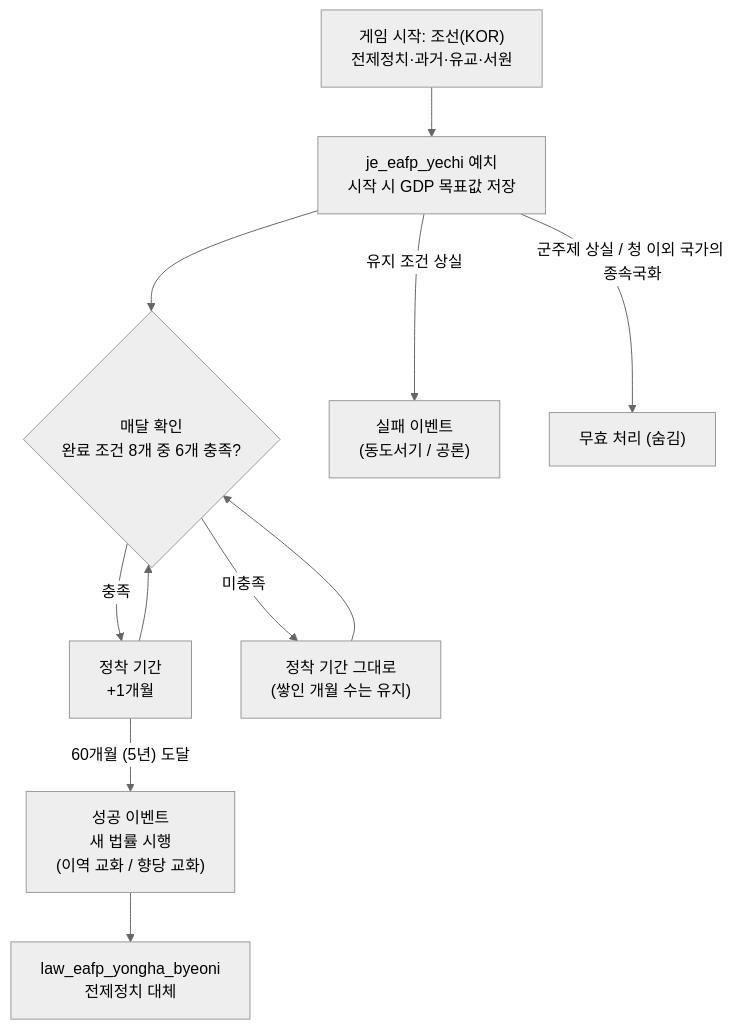
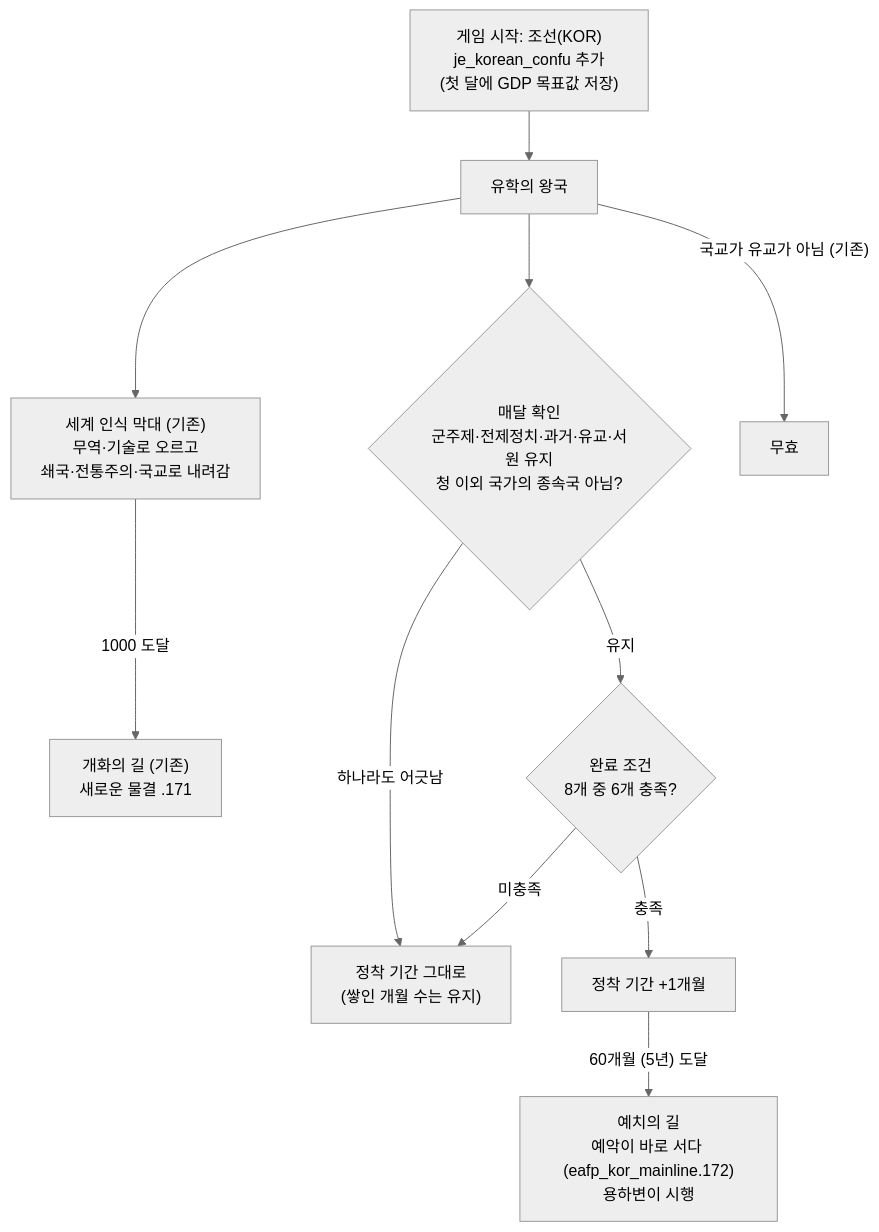
One commit to East-Asia-Flavor-Pack/East-Asia-Flavor-Pack changed the diagram in docs/joseon_confucian_absolutism.md. Above: the diagram before and after it, drawn with Mermaid (neutral theme). The commit also changed other lines of this file and 12 other files, not shown here.

````diff
--- a/docs/joseon_confucian_absolutism.md
+++ b/docs/joseon_confucian_absolutism.md
@@ -61,13 +78,13 @@
 ```mermaid
 flowchart TD
-    START["게임 시작: 조선(KOR)<br/>전제정치·과거·유교·서원"] --> JE["je_eafp_yechi 예치<br/>시작 시 GDP 목표값 저장"]
-    JE --> COND{"매달 확인<br/>완료 조건 8개 중 6개 충족?"}
-    COND -- "충족" --> BAR["정착 기간<br/>+1개월"]
-    COND -- "미충족" --> STOP["정착 기간 그대로<br/>(쌓인 개월 수는 유지)"]
-    STOP --> COND
-    BAR --> COND
-    BAR -- "60개월 (5년) 도달" --> WIN["성공 이벤트<br/>새 법률 시행<br/>(이역 교화 / 향당 교화)"]
-    WIN --> LAW["law_eafp_yongha_byeoni<br/>전제정치 대체"]
-    JE -- "유지 조건 상실" --> FAIL1["실패 이벤트<br/>(동도서기 / 공론)"]
-    JE -- "군주제 상실 / 청 이외 국가의 종속국화" --> FAIL2["무효 처리 (숨김)"]
+    START["게임 시작: 조선(KOR)<br/>je_korean_confu 추가<br/>(첫 달에 GDP 목표값 저장)"] --> JE["유학의 왕국"]
+    JE --> BAR["세계 인식 막대 (기존)<br/>무역·기술로 오르고<br/>쇄국·전통주의·국교로 내려감"]
+    BAR -- "1000 도달" --> OPEN["개화의 길 (기존)<br/>새로운 물결 .171"]
+    JE --> PILLAR{"매달 확인<br/>군주제·전제정치·과거·유교·서원 유지<br/>청 이외 국가의 종속국 아님?"}
+    PILLAR -- "하나라도 어긋남" --> S["정착 기간 그대로<br/>(쌓인 개월 수는 유지)"]
+    PILLAR -- "유지" --> COND{"완료 조건<br/>8개 중 6개 충족?"}
+    COND -- "충족" --> M["정착 기간 +1개월"]
+    COND -- "미충족" --> S
+    M -- "60개월 (5년) 도달" --> WIN["예치의 길<br/>예악이 바로 서다 (eafp_kor_mainline.172)<br/>용하변이 시행"]
+    JE -- "국교가 유교가 아님 (기존)" --> INV["무효"]
 ```
````
